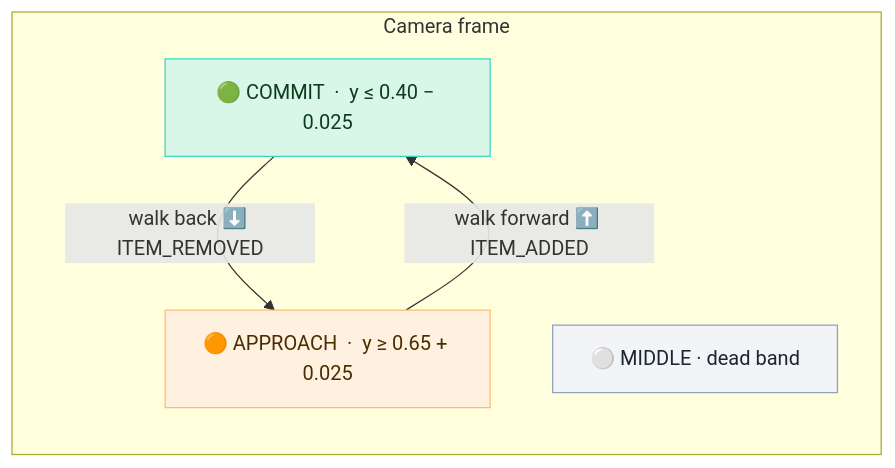
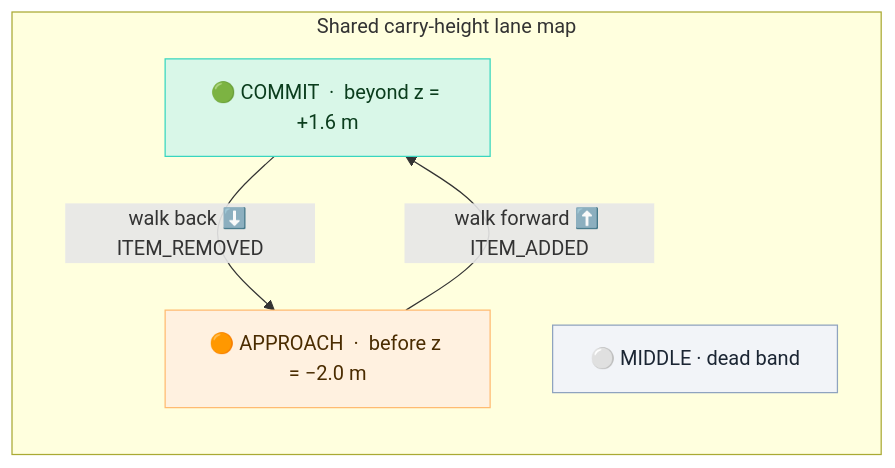
Before and after one commit to dangermos/ProPass: the fourth of 4 diagrams in docs/vision.md, drawn with Mermaid. The commit also changed other lines of this file and 56 other files, not shown here.

First line of the commit message:
Checkpoint: multi-camera API, fusion tests, coverage map and per-camera specialist checkpoints

````diff
--- a/docs/vision.md
+++ b/docs/vision.md
@@ -81,14 +132,14 @@
 ```mermaid
 flowchart TB
-    subgraph frame[" Camera frame "]
+    subgraph frame[" Shared carry-height lane map "]
         direction TB
-        Z1["🟢 COMMIT  ·  y ≤ 0.40 − 0.025"]
+        Z1["🟢 COMMIT  ·  beyond z = +1.6 m"]
         Z2["⚪ MIDDLE  ·  dead band"]
-        Z3["🟠 APPROACH  ·  y ≥ 0.65 + 0.025"]
+        Z3["🟠 APPROACH  ·  before z = −2.0 m"]
     end
     Z3 -- "walk forward ⬆️ ITEM_ADDED" --> Z1
     Z1 -- "walk back ⬇️ ITEM_REMOVED" --> Z3
     style Z1 fill:#d9f7e8,stroke:#38d6bf,color:#0b3d1d
     style Z2 fill:#f2f4f8,stroke:#8fa3bf,color:#1b2533
     style Z3 fill:#fff1e0,stroke:#ffbb71,color:#4a2c00
 ```
````
